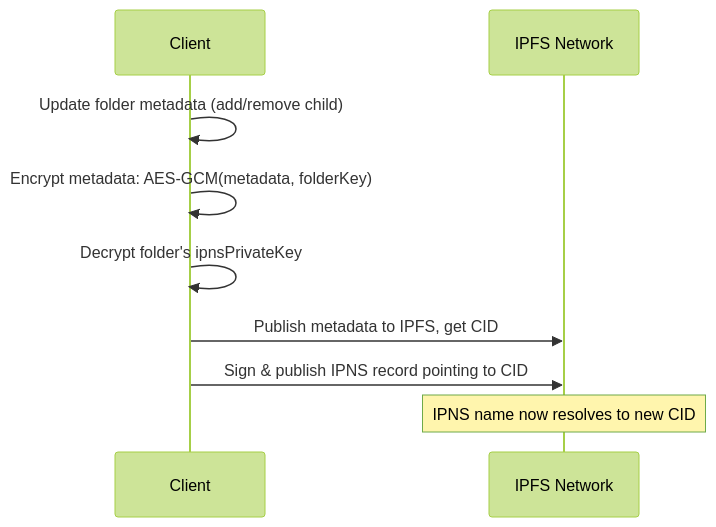
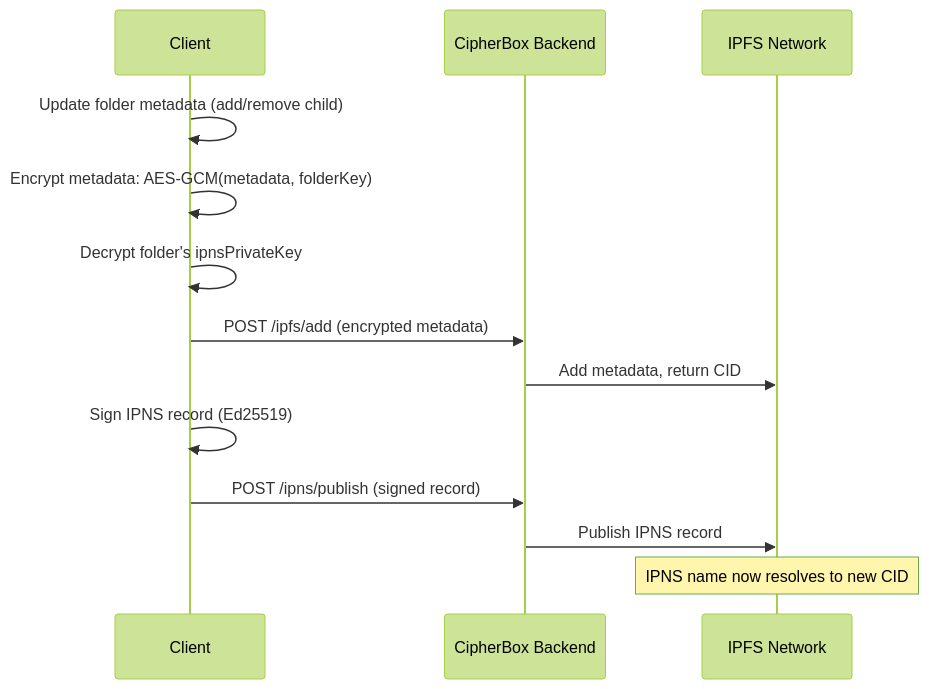
Before and after one commit to FSM1/cipher-box: the second of 3 diagrams in Documentation/TECHNICAL_ARCHITECTURE.md, drawn with Mermaid (forest theme). The commit also changed other lines of this file and 7 other files, not shown here.

Commit message:
bump version to 1.8.1 and update documentation for IPFS/IPNS relay integration

````diff
--- a/Documentation/TECHNICAL_ARCHITECTURE.md
+++ b/Documentation/TECHNICAL_ARCHITECTURE.md
@@ -416,12 +417,16 @@
 ```mermaid
 sequenceDiagram
     participant C as Client
-    participant IPFS as IPFS Network
+  participant B as CipherBox Backend
+  participant IPFS as IPFS Network
     
     C->>C: Update folder metadata (add/remove child)
     C->>C: Encrypt metadata: AES-GCM(metadata, folderKey)
     C->>C: Decrypt folder's ipnsPrivateKey
-    C->>IPFS: Publish metadata to IPFS, get CID
-    C->>IPFS: Sign & publish IPNS record pointing to CID
+  C->>B: POST /ipfs/add (encrypted metadata)
+  B->>IPFS: Add metadata, return CID
+  C->>C: Sign IPNS record (Ed25519)
+  C->>B: POST /ipns/publish (signed record)
+  B->>IPFS: Publish IPNS record
     Note over IPFS: IPNS name now resolves to new CID
 ```
````
